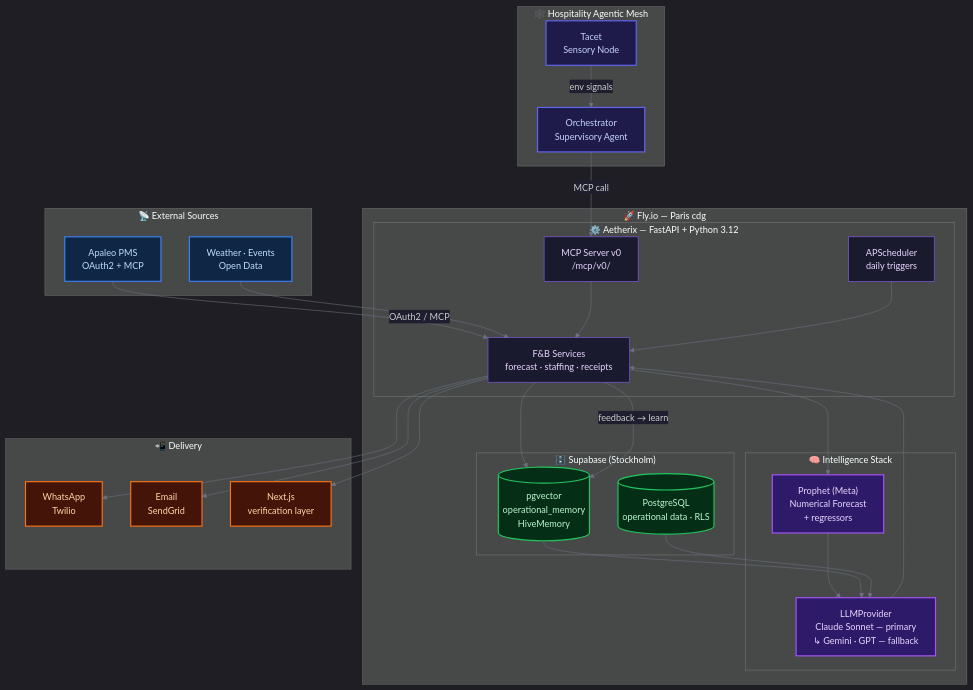
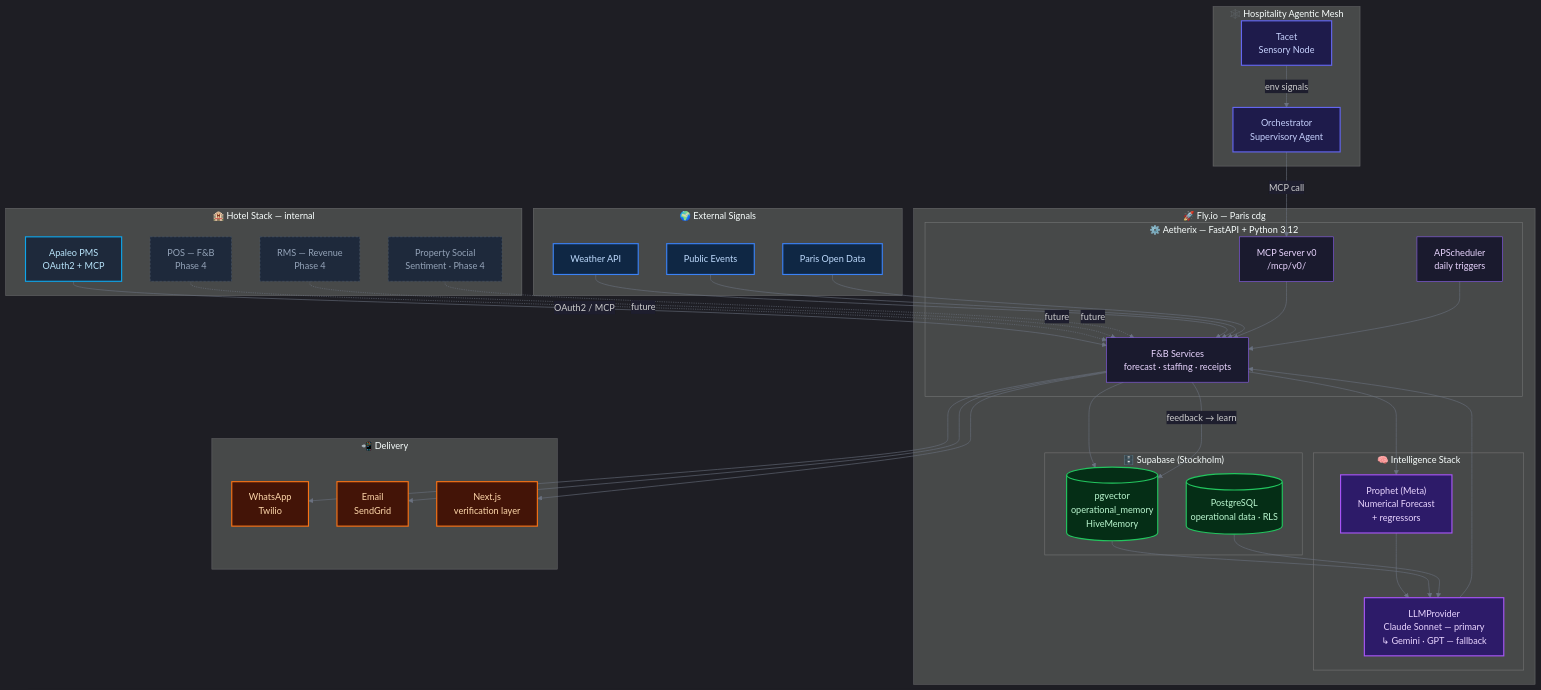
One commit to IvandeMurard/aetherix-hospitality-ai changed the diagram in README.md. Above: the diagram before and after it, drawn with Mermaid. The commit also changed other lines of this file and 1 other file, not shown here.

Commit message:
docs(readme): split Hotel Stack vs External Signals · correct Phase 0 status
- Diagram restructured: Hotel Stack (internal — PMS, POS, RMS, Social Sentiment)
  vs External Signals (Weather, Events, Open Data). POS/RMS/Social Sentiment
  marked as Phase 4 future internal context.
- Phase 0 corrected: MAPE 7.8% claim removed (no real-world test executed yet).
  Backtest harness marked Built · MAPE measurement marked Pending until design
  partner data available.
- Closing signature updated to "Built with <3 for hotels..."

````diff
--- a/README.md
+++ b/README.md
@@ -142,9 +142,17 @@
         end
     end
 
-    subgraph EXT["📡 External Sources"]
+    subgraph HOTEL["🏨 Hotel Stack — internal"]
         PMS["Apaleo PMS\nOAuth2 + MCP"]
-        ENV["Weather · Events\nOpen Data"]
+        POS["POS — F&B\nPhase 4"]
+        RMS["RMS — Revenue\nPhase 4"]
+        SOCIAL["Property Social\nSentiment · Phase 4"]
+    end
+
+    subgraph EXT["🌍 External Signals"]
+        WEATHER["Weather API"]
+        EVENTS["Public Events"]
+        OPENDATA["Paris Open Data"]
     end
 
     subgraph OUT["📲 Delivery"]
@@ -156,7 +164,12 @@
     TACET -- "env signals" --> ORCH
     ORCH -- "MCP call" --> MCP_IN
     PMS -- "OAuth2 / MCP" --> SVC
-    ENV --> SVC
+    POS -.->|future| SVC
+    RMS -.->|future| SVC
+    SOCIAL -.->|future| SVC
+    WEATHER --> SVC
+    EVENTS --> SVC
+    OPENDATA --> SVC
     MCP_IN --> SVC
     SCHED --> SVC
     SVC --> PROPHET
@@ -174,13 +187,17 @@
     classDef fly      fill:#1a1a2e,stroke:#8b5cf6,stroke-width:1px,color:#e9d5ff
     classDef intel    fill:#2d1b69,stroke:#a855f7,stroke-width:2px,color:#e9d5ff
     classDef data     fill:#052e16,stroke:#22c55e,stroke-width:2px,color:#bbf7d0
+    classDef hotel    fill:#1e293b,stroke:#0ea5e9,stroke-width:2px,color:#bae6fd
     classDef ext      fill:#0f2744,stroke:#3b82f6,stroke-width:2px,color:#bfdbfe
     classDef out      fill:#431407,stroke:#f97316,stroke-width:2px,color:#fed7aa
+    classDef future   fill:#1e293b,stroke:#475569,stroke-width:1px,stroke-dasharray: 4 3,color:#94a3b8
 
     class ORCH,TACET mesh
     class MCP_IN,SCHED,SVC fly
     class PROPHET,LLM intel
     class DB,VEC data
-    class PMS,ENV ext
+    class PMS hotel
+    class POS,RMS,SOCIAL future
+    class WEATHER,EVENTS,OPENDATA ext
     class WA,EMAIL,DASH out
 ```
````
